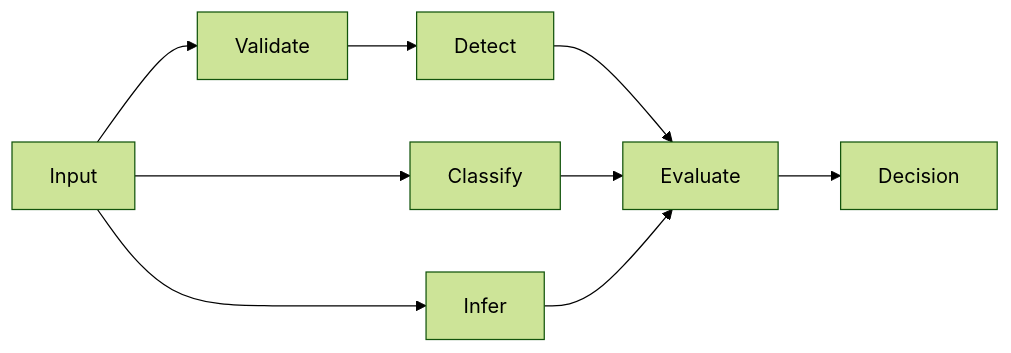
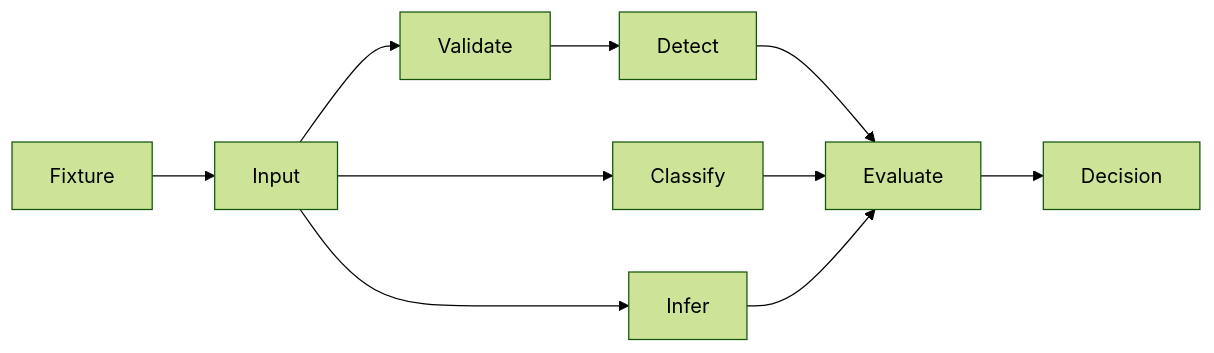
Before and after one commit to streamentry/AGENTOWNERS: the first of 3 diagrams in packages/core/AGENTS.md, drawn with Mermaid (forest theme). The commit also changed other lines of this file and 8 other files, not shown here.

````diff
--- a/packages/core/AGENTS.md
+++ b/packages/core/AGENTS.md
@@ -22,10 +22,11 @@
 ```mermaid
 flowchart LR
+  Fixture --> Input
   Input --> Validate --> Detect
   Input --> Classify
   Input --> Infer
   Detect --> Evaluate
   Classify --> Evaluate
   Infer --> Evaluate
   Evaluate --> Decision
 ```
````
